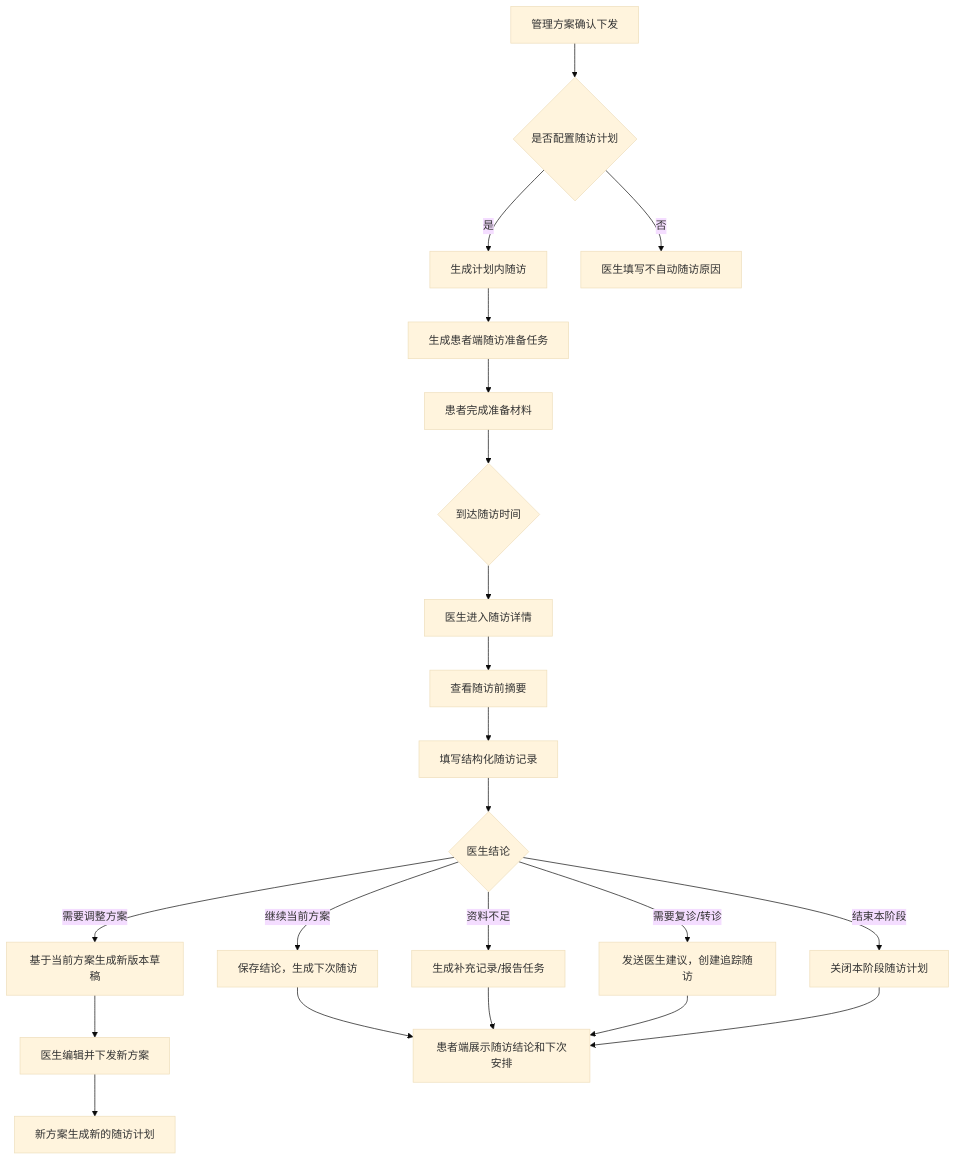
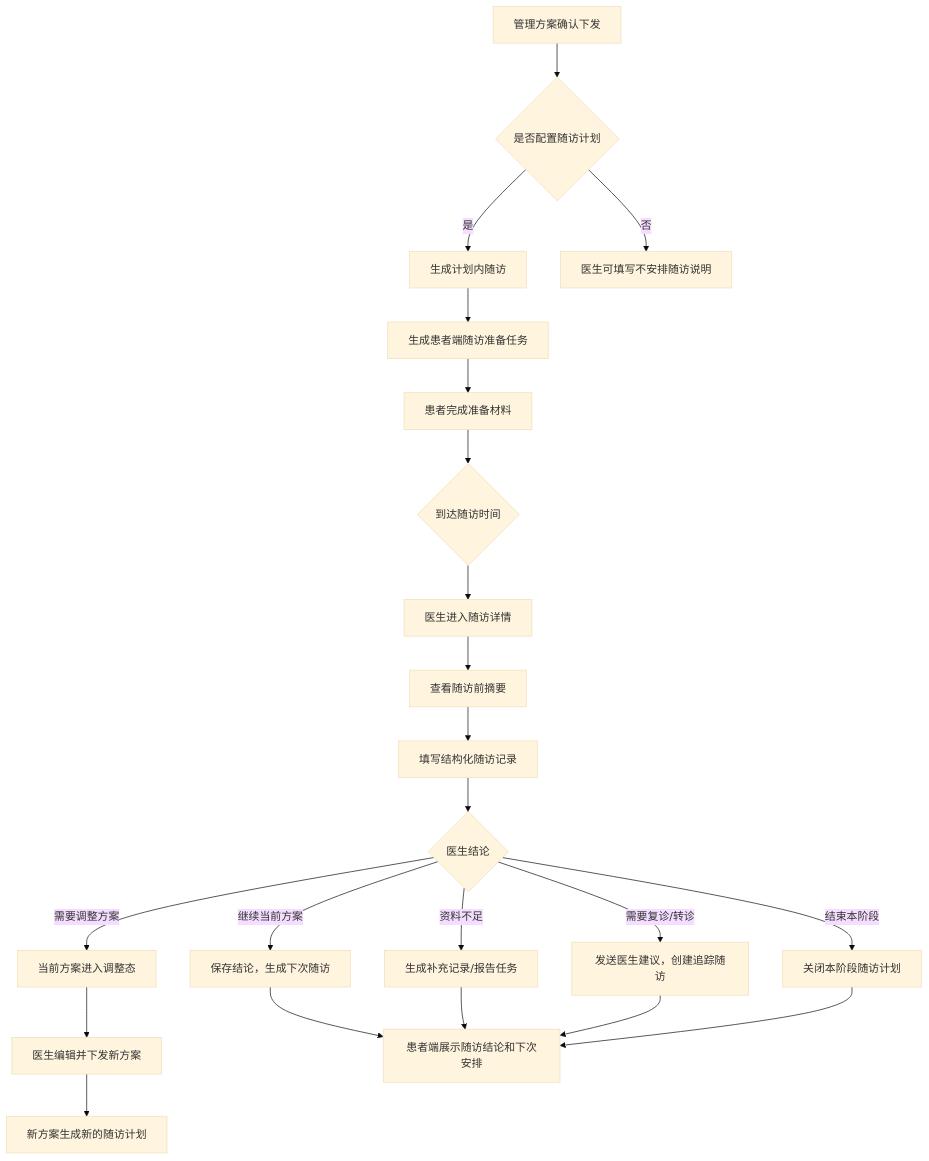
Before and after one commit to supersuperman666/twin: the fifth of 7 diagrams in docs/医生PC端PRD.md, drawn with Mermaid (base theme). The commit also changed other lines of this file and 3 other files, not shown here.

````diff
--- a/docs/医生PC端PRD.md
+++ b/docs/医生PC端PRD.md
@@ -2146,29 +2252,29 @@
 ```mermaid
 flowchart TD
   A["管理方案确认下发"] --> B{"是否配置随访计划"}
   B -->|是| C["生成计划内随访"]
-  B -->|否| D["医生填写不自动随访原因"]
+  B -->|否| D["医生可填写不安排随访说明"]
 
   C --> E["生成患者端随访准备任务"]
   E --> F["患者完成准备材料"]
   F --> G{"到达随访时间"}
 
   G --> H["医生进入随访详情"]
   H --> I["查看随访前摘要"]
   I --> J["填写结构化随访记录"]
 
   J --> K{"医生结论"}
   K -->|继续当前方案| L["保存结论，生成下次随访"]
-  K -->|需要调整方案| M["基于当前方案生成新版本草稿"]
+  K -->|需要调整方案| M["当前方案进入调整态"]
   K -->|资料不足| N["生成补充记录/报告任务"]
   K -->|需要复诊/转诊| O["发送医生建议，创建追踪随访"]
   K -->|结束本阶段| P["关闭本阶段随访计划"]
 
   M --> Q["医生编辑并下发新方案"]
   Q --> R["新方案生成新的随访计划"]
 
   L --> S["患者端展示随访结论和下次安排"]
   N --> S
   O --> S
   P --> S
 ```
````
